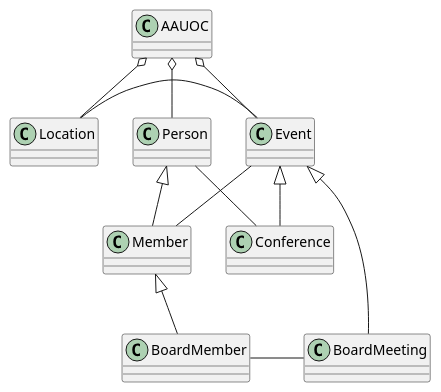
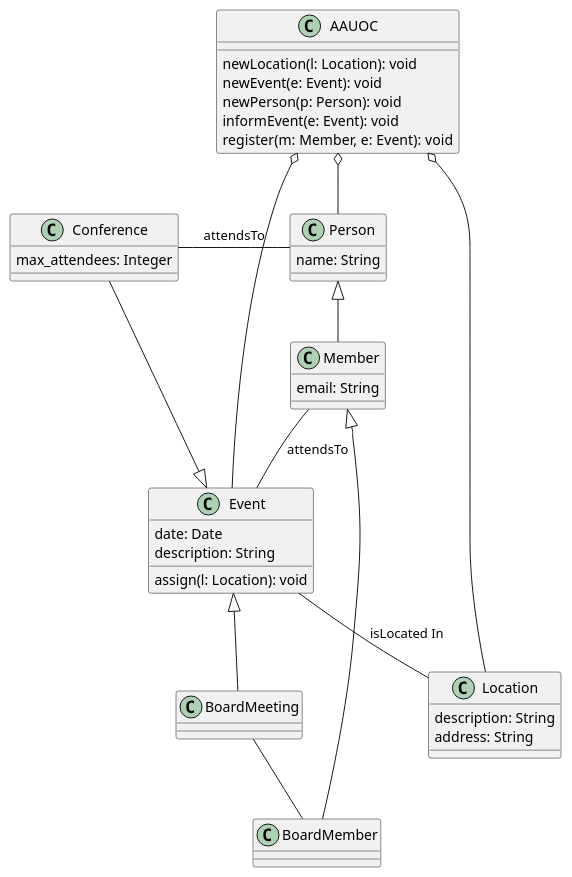
The diagram in Practica11.puml (Nessie04/UMLInesLlopis), drawn with PlantUML before and after one commit.

Commit message:
establecemos los metodos y atributos de las clases

```diff
--- a/Practica11.puml
+++ b/Practica11.puml
@@ -1,28 +1,49 @@
 @startuml
-Class Member
-Class BoardMember
-Class Event
-Class Conference
-Class BoardMeeting
-Class Location
-Class Person
-Class AAUOC
+Class Member{
+                 {field} email: String
+                 }
+Class BoardMember{
+                 }
+Class Event{
+           {field} date: Date
+           {field} description: String
+           {method} assign(l: Location): void
+           }
+Class Conference{
+                {field} max_attendees: Integer
+                }
+Class BoardMeeting{
+                  }
+Class Location{
+              {field} description: String
+              {field} address: String
+              }
+Class Person{
+            {field} name: String
+            }
+Class AAUOC{
+           {method} newLocation(l: Location): void
+           {method} newEvent(e: Event): void
+           {method} newPerson(p: Person): void
+           {method} informEvent(e: Event): void
+           {method} register(m: Member, e: Event): void
+           }
 
 AAUOC o-- Location
 AAUOC o-- Event
 AAUOC o-- Person
 
-Location - Event
+Event -- Location : isLocated In
 
-Event - Member
 Event <|-- BoardMeeting
 Event <|-- Conference
 
 Person <|-- Member
-Person - Conference
+Conference - Person : attendsTo
 
 Member <|-- BoardMember
+Member -- Event : attendsTo
 
-BoardMember - BoardMeeting
+BoardMeeting -- BoardMember
 
 @enduml
```
